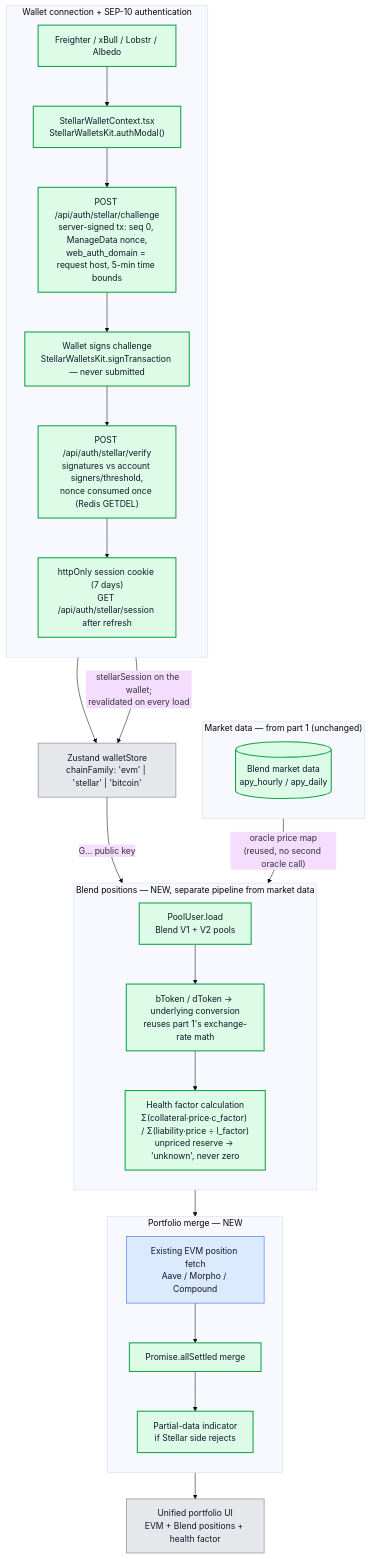
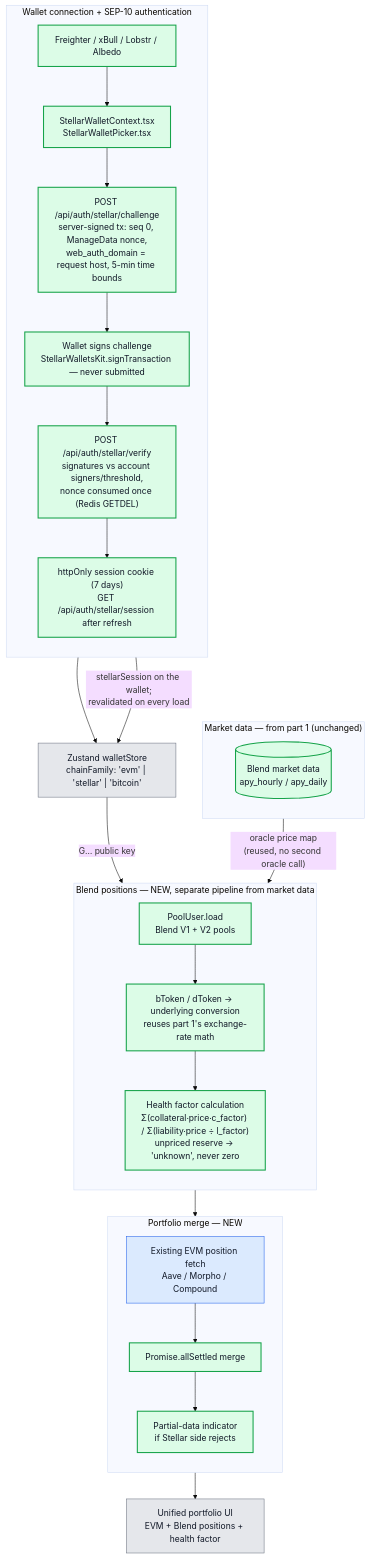
Before and after one commit to hey-research-lab/lendwise: the third of 6 diagrams in docs/architecture-stellar-integration.md, drawn with Mermaid (base theme). The commit also changed other lines of this file and 5 other files, not shown here.

First line of the commit message:
Draw the Stellar wallet picker like the EVM wallet modal

````diff
--- a/docs/architecture-stellar-integration.md
+++ b/docs/architecture-stellar-integration.md
@@ -190,50 +190,50 @@
 ```mermaid
 flowchart TD
     subgraph Auth["Wallet connection + SEP-10 authentication"]
         direction TB
-        Wallets["Freighter / xBull / Lobstr / Albedo"] --> StellarKit["StellarWalletContext.tsx<br/>StellarWalletsKit.authModal()"]
+        Wallets["Freighter / xBull / Lobstr / Albedo"] --> StellarKit["StellarWalletContext.tsx<br/>StellarWalletPicker.tsx"]
         StellarKit --> Challenge["POST /api/auth/stellar/challenge<br/>server-signed tx: seq 0, ManageData nonce,<br/>web_auth_domain = request host, 5-min time bounds"]
         Challenge --> Sign["Wallet signs challenge<br/>StellarWalletsKit.signTransaction — never submitted"]
         Sign --> Verify["POST /api/auth/stellar/verify<br/>signatures vs account signers/threshold,<br/>nonce consumed once (Redis GETDEL)"]
         Verify --> Session["httpOnly session cookie (7 days)<br/>GET /api/auth/stellar/session after refresh"]
     end
 
     StellarKit --> Store["Zustand walletStore<br/>chainFamily: 'evm' | 'stellar' | 'bitcoin'"]
     Session -->|"stellarSession on the wallet;<br/>revalidated on every load"| Store
 
     subgraph MarketData["Market data — from part 1 (unchanged)"]
         direction TB
         BlendMarket[("Blend market data<br/>apy_hourly / apy_daily")]
     end
 
     subgraph Positions["Blend positions — NEW, separate pipeline from market data"]
         direction TB
         PoolUser["PoolUser.load<br/>Blend V1 + V2 pools"]
         Convert["bToken / dToken → underlying conversion<br/>reuses part 1's exchange-rate math"]
         Health["Health factor calculation<br/>Σ(collateral·price·c_factor) / Σ(liability·price ÷ l_factor)<br/>unpriced reserve → 'unknown', never zero"]
         PoolUser --> Convert --> Health
     end
 
     Store -->|"G… public key"| PoolUser
     BlendMarket -->|"oracle price map<br/>(reused, no second oracle call)"| Health
 
     subgraph Merge["Portfolio merge — NEW"]
         direction TB
         EvmPositions["Existing EVM position fetch<br/>Aave / Morpho / Compound"]
         Allsettled["Promise.allSettled merge"]
         Degrade["Partial-data indicator<br/>if Stellar side rejects"]
         EvmPositions --> Allsettled
         Health --> Allsettled
         Allsettled --> Degrade
     end
 
     Degrade --> Portfolio["Unified portfolio UI<br/>EVM + Blend positions + health factor"]
 
     classDef core fill:#e5e7eb,stroke:#6b7280,color:#111827;
     classDef evm fill:#dbeafe,stroke:#2563eb,color:#111827;
     classDef stellar fill:#dcfce7,stroke:#16a34a,color:#111827,stroke-width:2px;
 
     class Store,Portfolio core;
     class EvmPositions evm;
     class Wallets,StellarKit,Challenge,Sign,Verify,Session,PoolUser,Convert,Health,BlendMarket,Allsettled,Degrade stellar;
 ```
````
